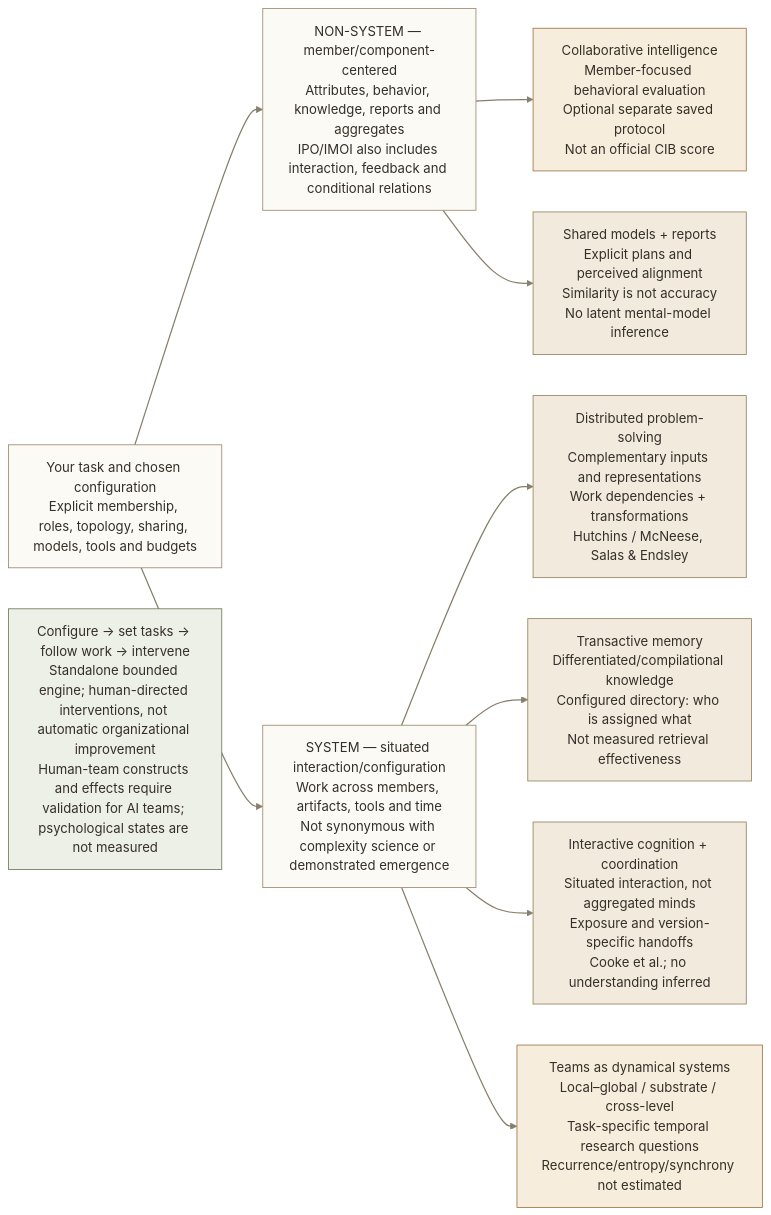
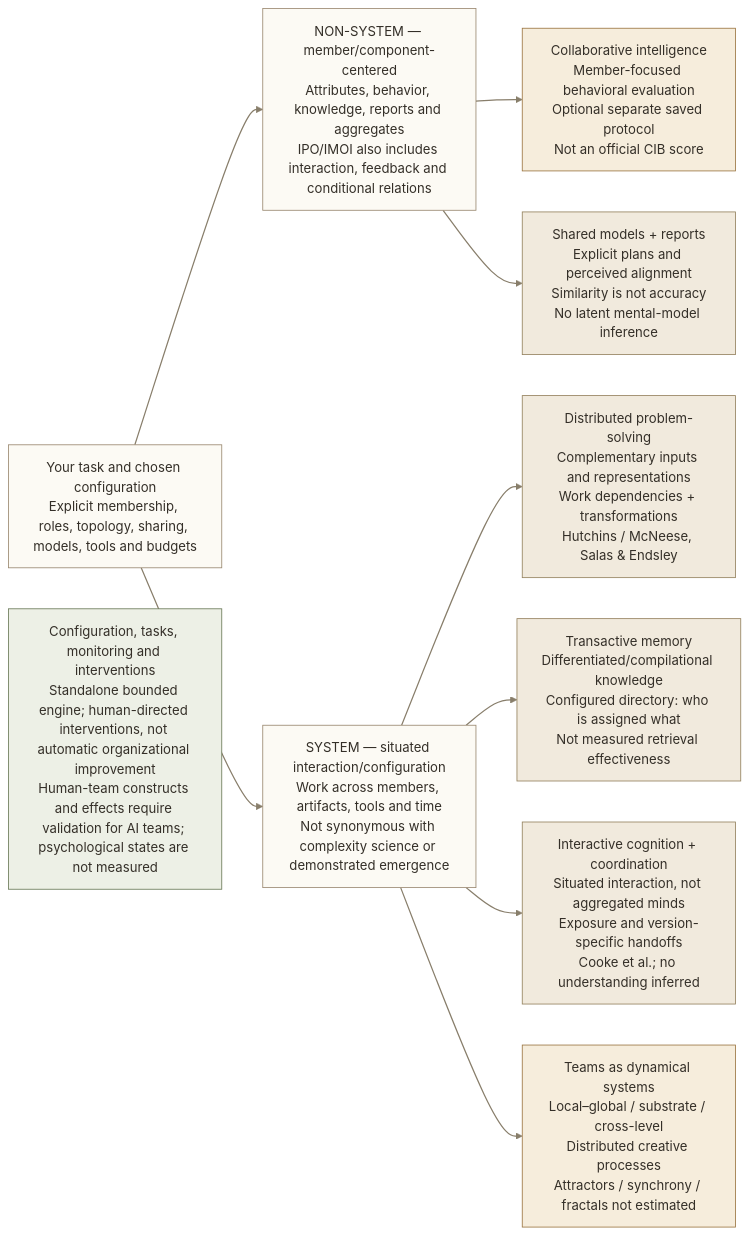
The diagram in diagrams/15-teamknitt-views.mmd (JeranRolevs/teamknitt), drawn with Mermaid before and after one commit. The commit also changed 32 other files, not shown here.

First line of the commit message:
Refine teamknitt copy, research follow-up and outlined wordmark

```diff
--- a/diagrams/15-teamknitt-views.mmd
+++ b/diagrams/15-teamknitt-views.mmd
@@ -1,31 +1,31 @@
 %% Generated from specs.py; 2026-11-09. Current runtime; gray nodes are planned.
 flowchart LR
     user["Your task and chosen configuration<br/>Explicit membership, roles, topology, sharing, models, tools and budgets"]
     non_system["NON-SYSTEM — member/component-centered<br/>Attributes, behavior, knowledge, reports and aggregates<br/>IPO/IMOI also includes interaction, feedback and conditional relations"]
     system["SYSTEM — situated interaction/configuration<br/>Work across members, artifacts, tools and time<br/>Not synonymous with complexity science or demonstrated emergence"]
     behavior["Collaborative intelligence<br/>Member-focused behavioral evaluation<br/>Optional separate saved protocol<br/>Not an official CIB score"]
     models["Shared models + reports<br/>Explicit plans and perceived alignment<br/>Similarity is not accuracy<br/>No latent mental-model inference"]
     distributed["Distributed problem-solving<br/>Complementary inputs and representations<br/>Work dependencies + transformations<br/>Hutchins / McNeese, Salas &amp; Endsley"]
     transactive["Transactive memory<br/>Differentiated/compilational knowledge<br/>Configured directory: who is assigned what<br/>Not measured retrieval effectiveness"]
     coordination["Interactive cognition + coordination<br/>Situated interaction, not aggregated minds<br/>Exposure and version-specific handoffs<br/>Cooke et al.; no understanding inferred"]
-    dynamics["Teams as dynamical systems<br/>Local–global / substrate / cross-level<br/>Task-specific temporal research questions<br/>Recurrence/entropy/synchrony not estimated"]
-    engine["Configure → set tasks → follow work → intervene<br/>Standalone bounded engine; human-directed interventions, not automatic organizational improvement<br/>Human-team constructs and effects require validation for AI teams; psychological states are not measured"]
+    dynamics["Teams as dynamical systems<br/>Local–global / substrate / cross-level<br/>Distributed creative processes<br/>Attractors / synchrony / fractals not estimated"]
+    engine["Configuration, tasks, monitoring and interventions<br/>Standalone bounded engine; human-directed interventions, not automatic organizational improvement<br/>Human-team constructs and effects require validation for AI teams; psychological states are not measured"]
     user --> non_system
     user --> system
     non_system --> behavior
     non_system --> models
     system --> distributed
     system --> transactive
     system --> coordination
     system --> dynamics
     classDef artifact fill:#FCFAF4,stroke:#99876F,color:#342F28;
     class user,non_system,system artifact;
     classDef llm fill:#E9EEEE,stroke:#5B7580,color:#342F28;
     classDef code fill:#EDF0E6,stroke:#697957,color:#342F28;
     class engine code;
     classDef evidence fill:#F1EADD,stroke:#93805D,color:#342F28;
     class models,distributed,transactive,coordination evidence;
     classDef optional fill:#F6EDDC,stroke:#9A7440,color:#342F28;
     class behavior,dynamics optional;
     classDef future fill:#EEEDE8,stroke:#999389,color:#342F28;
     linkStyle default stroke:#887E6B,stroke-width:1.5px;
```
